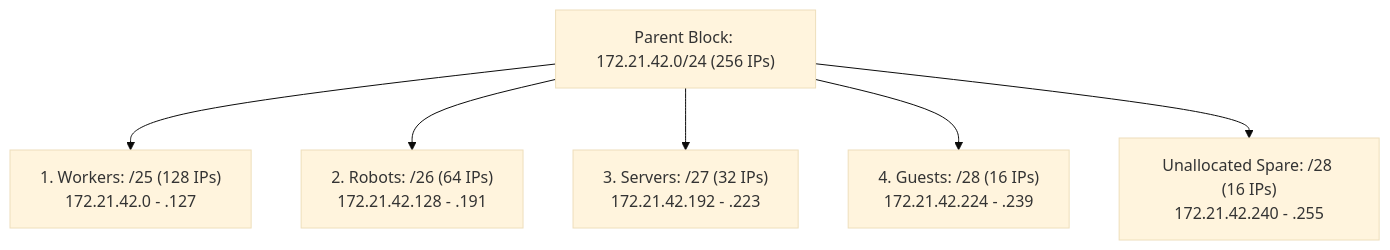
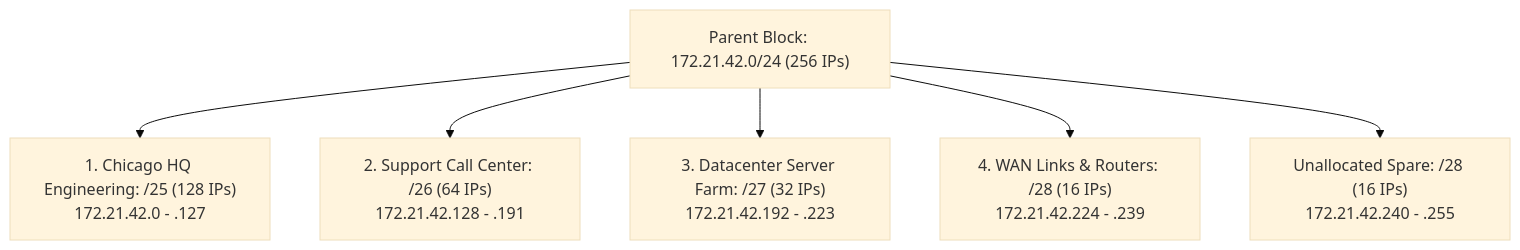
The seventh of 7 diagrams in content/docs/computer-networking/03-ip-addressing-and-routing/01-ipv4-addressing-subnetting.mdx (1345AbhishekKumar/cs-cookbook), drawn with Mermaid (base theme) before and after one commit. The commit also changed other lines of this file and 124 other files, not shown here.

````diff
--- a/content/docs/computer-networking/03-ip-addressing-and-routing/01-ipv4-addressing-subnetting.mdx
+++ b/content/docs/computer-networking/03-ip-addressing-and-routing/01-ipv4-addressing-subnetting.mdx
@@ -554,9 +589,9 @@
 ```mermaid
 flowchart TB
     P["Parent Block: 172.21.42.0/24 (256 IPs)"]
-    P --> S1["1. Workers: /25 (128 IPs)<br/>172.21.42.0 - .127"]
-    P --> S2["2. Robots: /26 (64 IPs)<br/>172.21.42.128 - .191"]
-    P --> S3["3. Servers: /27 (32 IPs)<br/>172.21.42.192 - .223"]
-    P --> S4["4. Guests: /28 (16 IPs)<br/>172.21.42.224 - .239"]
+    P --> S1["1. Chicago HQ Engineering: /25 (128 IPs)<br/>172.21.42.0 - .127"]
+    P --> S2["2. Support Call Center: /26 (64 IPs)<br/>172.21.42.128 - .191"]
+    P --> S3["3. Datacenter Server Farm: /27 (32 IPs)<br/>172.21.42.192 - .223"]
+    P --> S4["4. WAN Links & Routers: /28 (16 IPs)<br/>172.21.42.224 - .239"]
     P --> REM["Unallocated Spare: /28 (16 IPs)<br/>172.21.42.240 - .255"]
 ```
````
